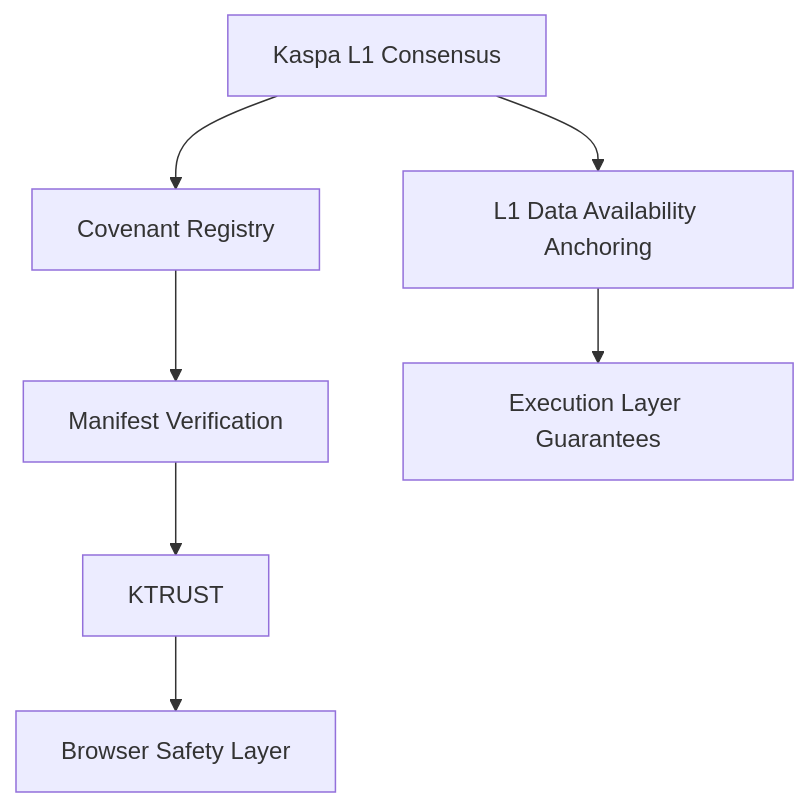
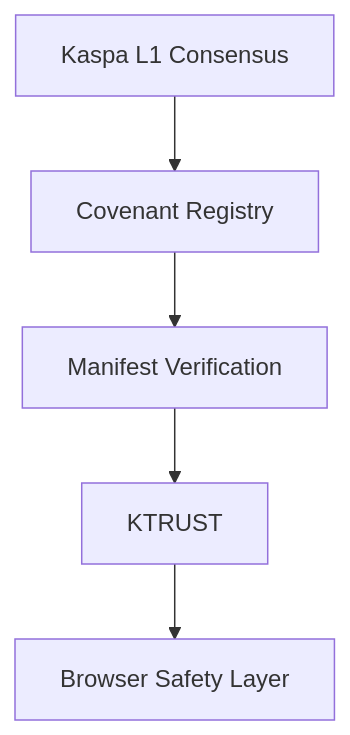
One commit to vossen90/-kaspa-browser-ktrust changed the sixth of 7 diagrams in README.md. Above: the diagram before and after it, drawn with Mermaid. The commit also changed other lines of this file, not shown here.

````diff
--- a/README.md
+++ b/README.md
@@ -252,12 +131,9 @@
 ```mermaid
 flowchart TB
     L1["Kaspa L1 Consensus"]
     L2["Covenant Registry"]
     L3["Manifest Verification"]
     L4["KTRUST"]
     L5["Browser Safety Layer"]
-    L6["Execution Layer Guarantees"]
-    L7["L1 Data Availability Anchoring"]
     L1 --> L2 --> L3 --> L4 --> L5
-    L1 --> L7 --> L6
 ```
````
